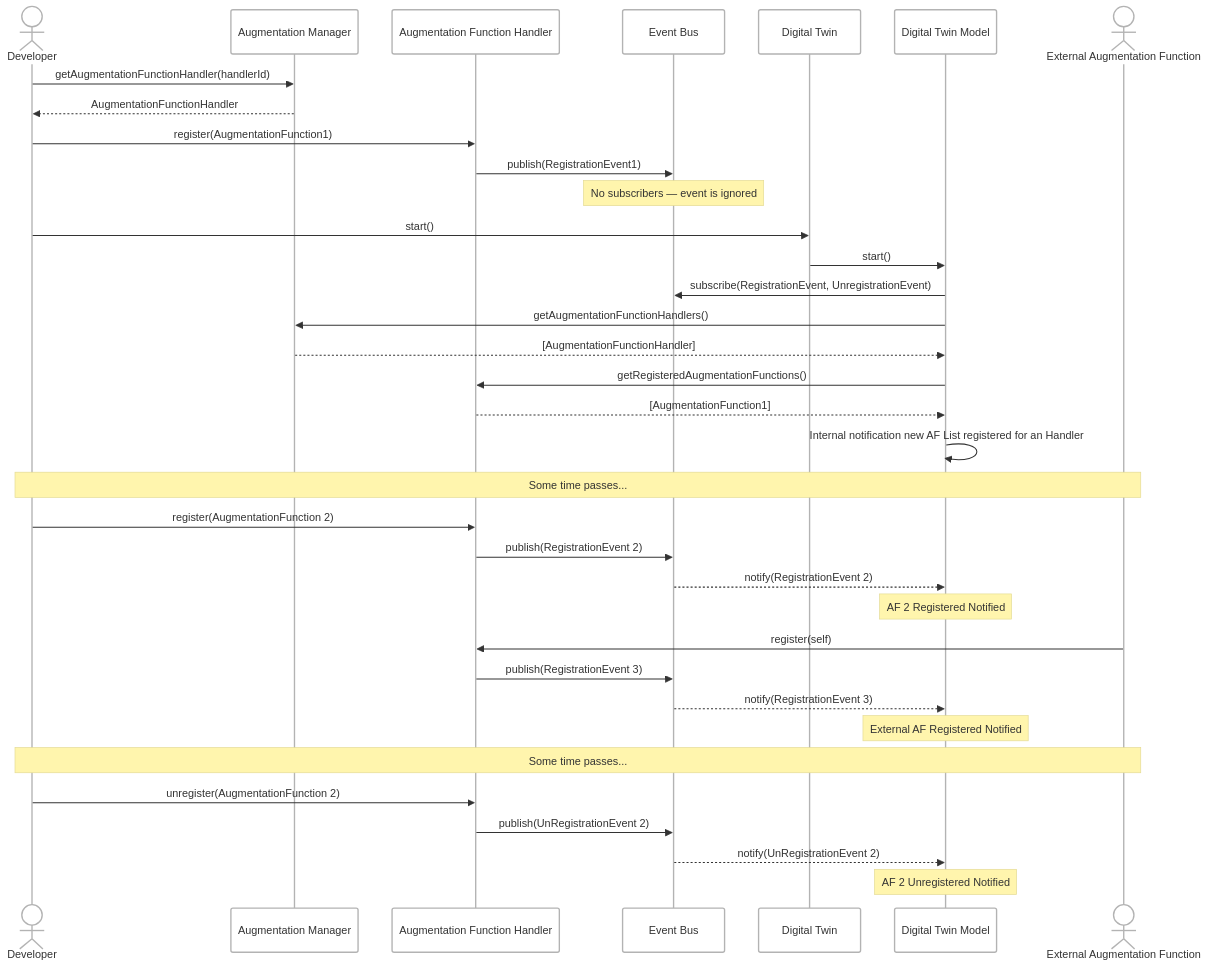
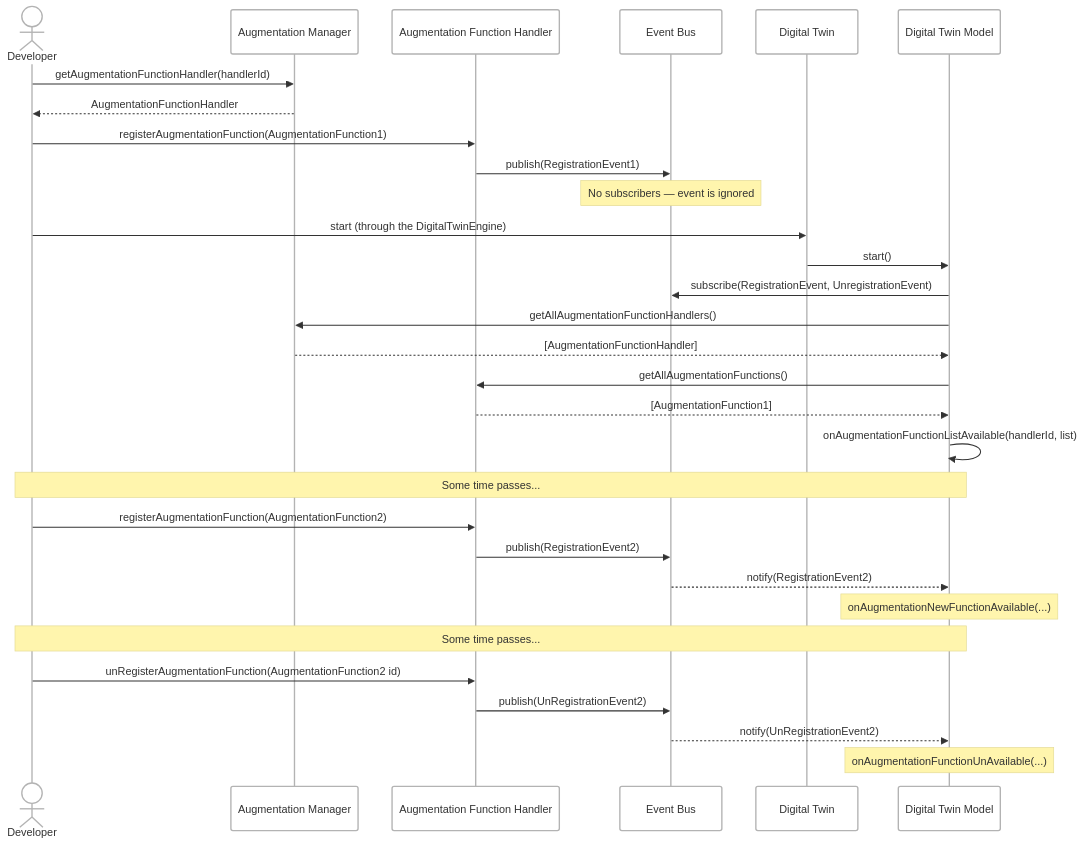
Before and after one commit to wldt/wldt-core-java: the diagram in docs/schemes/augmentation_function_registration.mermaid, drawn with Mermaid. The commit also changed 12 other files, not shown here.

Commit message:
Enhance Event Bus Documentation: Update event bus evaluation documentation, add monitoring section, and clarify digital twin state management details in various markdown files.

```diff
--- a/docs/schemes/augmentation_function_registration.mermaid
+++ b/docs/schemes/augmentation_function_registration.mermaid
@@ -1,54 +1,47 @@
 ---
 config:
   theme: neo
 ---
 sequenceDiagram
     actor Dev as Developer
     participant AM as Augmentation Manager
     participant AFH as Augmentation Function Handler
     participant EB as Event Bus
     participant DT as Digital Twin
     participant DTM as Digital Twin Model
-    actor EAF as External Augmentation Function
 
     %% Phase 1: Developer registers first Augmentation Function (DT not yet started)
     Dev->>AM: getAugmentationFunctionHandler(handlerId)
     AM-->>Dev: AugmentationFunctionHandler
 
-    Dev->>AFH: register(AugmentationFunction1)
+    Dev->>AFH: registerAugmentationFunction(AugmentationFunction1)
     AFH->>EB: publish(RegistrationEvent1)
     Note over EB: No subscribers — event is ignored
 
     %% Phase 2: Developer starts the Digital Twin
-    Dev->>DT: start()
+    Dev->>DT: start (through the DigitalTwinEngine)
     DT->>DTM: start()
     DTM->>EB: subscribe(RegistrationEvent, UnregistrationEvent)
 
-    DTM->>AM: getAugmentationFunctionHandlers()
+    DTM->>AM: getAllAugmentationFunctionHandlers()
     AM-->>DTM: [AugmentationFunctionHandler]
 
-    DTM->>AFH: getRegisteredAugmentationFunctions()
+    DTM->>AFH: getAllAugmentationFunctions()
     AFH-->>DTM: [AugmentationFunction1]
-    DTM->>DTM: Internal notification new AF List registered for an Handler
+    DTM->>DTM: onAugmentationFunctionListAvailable(handlerId, list)
 
     %% Phase 3: Developer registers a second Augmentation Function
-    Note over Dev, EAF: Some time passes...
+    Note over Dev, DTM: Some time passes...
 
-    Dev->>AFH: register(AugmentationFunction 2)
-    AFH->>EB: publish(RegistrationEvent 2)
-    EB-->>DTM: notify(RegistrationEvent 2)
-    Note over DTM: AF 2 Registered Notified
+    Dev->>AFH: registerAugmentationFunction(AugmentationFunction2)
+    AFH->>EB: publish(RegistrationEvent2)
+    EB-->>DTM: notify(RegistrationEvent2)
+    Note over DTM: onAugmentationNewFunctionAvailable(...)
 
-    %% Phase 4: External Augmentation Function self-registers
-    EAF->>AFH: register(self)
-    AFH->>EB: publish(RegistrationEvent 3)
-    EB-->>DTM: notify(RegistrationEvent 3)
-    Note over DTM: External AF Registered Notified
+    %% Phase 4: Developer unregisters the Augmentation Function
+    Note over Dev, DTM: Some time passes...
 
-    %% Phase 5: Developer unregisters the Augmentation Function
-    Note over Dev, EAF: Some time passes...
-
-    Dev->>AFH: unregister(AugmentationFunction 2)
-    AFH->>EB: publish(UnRegistrationEvent 2)
-    EB-->>DTM: notify(UnRegistrationEvent 2)
-    Note over DTM: AF 2 Unregistered Notified
+    Dev->>AFH: unRegisterAugmentationFunction(AugmentationFunction2 id)
+    AFH->>EB: publish(UnRegistrationEvent2)
+    EB-->>DTM: notify(UnRegistrationEvent2)
+    Note over DTM: onAugmentationFunctionUnAvailable(...)
```
